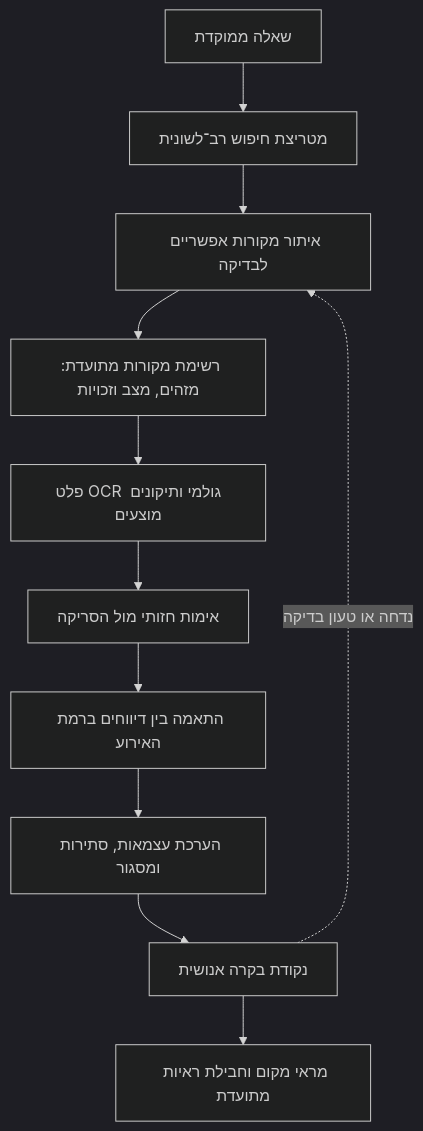
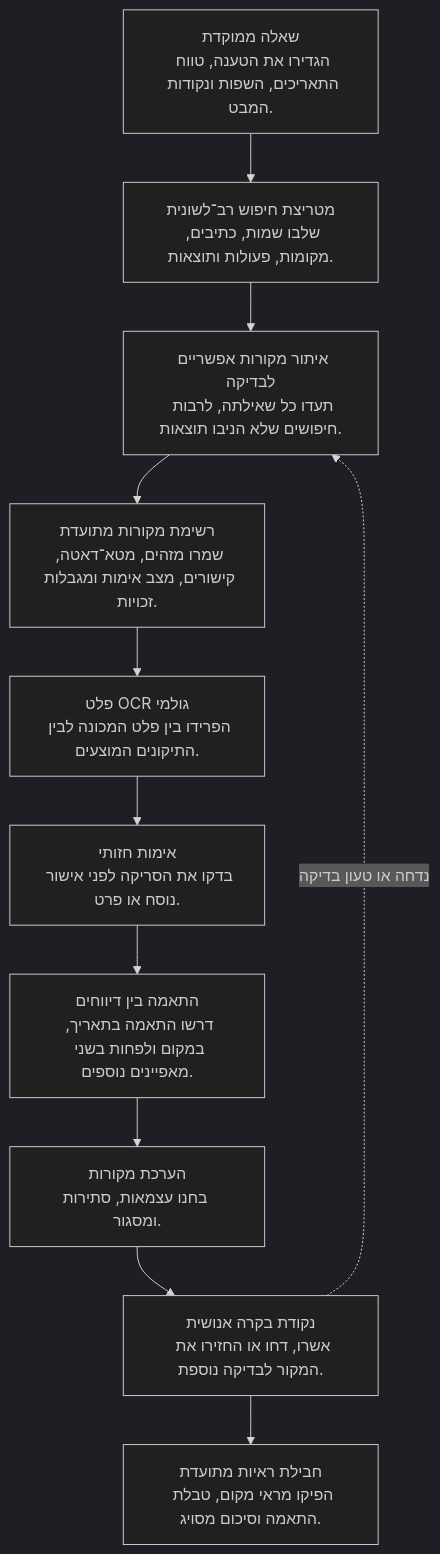
One commit to pedahzur/A.M.Pedahzur changed the diagram in blog/sources/he/from-one-report-to-two-histories.md. Above: the diagram before and after it, drawn with Mermaid (dark theme). The commit also changed other lines of this file and 3 other files, not shown here.

````diff
--- a/blog/sources/he/from-one-report-to-two-histories.md
+++ b/blog/sources/he/from-one-report-to-two-histories.md
@@ -58,13 +58,23 @@
 ```mermaid
 flowchart TD
-    A["שאלה ממוקדת"] --> B["מטריצת חיפוש רב־לשונית"]
-    B --> C["איתור מקורות אפשריים לבדיקה"]
-    C --> D["רשימת מקורות מתועדת: מזהים, מצב וזכויות"]
-    D --> E["פלט OCR גולמי ותיקונים מוצעים"]
-    E --> F["אימות חזותי מול הסריקה"]
-    F --> G["התאמה בין דיווחים ברמת האירוע"]
-    G --> H["הערכת עצמאות, סתירות ומסגור"]
-    H --> I["נקודת בקרה אנושית"]
-    I --> J["מראי מקום וחבילת ראיות מתועדת"]
+    A["שאלה ממוקדת<br/>הגדירו את הטענה, טווח התאריכים, השפות ונקודות המבט."]
+    B["מטריצת חיפוש רב־לשונית<br/>שלבו שמות, כתיבים, מקומות, פעולות ותוצאות."]
+    C["איתור מקורות אפשריים לבדיקה<br/>תעדו כל שאילתה, לרבות חיפושים שלא הניבו תוצאות."]
+    D["רשימת מקורות מתועדת<br/>שמרו מזהים, מטא־דאטה, קישורים, מצב אימות ומגבלות זכויות."]
+    E["פלט OCR גולמי<br/>הפרידו בין פלט המכונה לבין התיקונים המוצעים."]
+    F["אימות חזותי<br/>בדקו את הסריקה לפני אישור נוסח או פרט."]
+    G["התאמה בין דיווחים<br/>דרשו התאמה בתאריך, במקום ולפחות בשני מאפיינים נוספים."]
+    H["הערכת מקורות<br/>בחנו עצמאות, סתירות ומסגור."]
+    I["נקודת בקרה אנושית<br/>אשרו, דחו או החזירו את המקור לבדיקה נוספת."]
+    J["חבילת ראיות מתועדת<br/>הפיקו מראי מקום, טבלת התאמה וסיכום מסויג."]
+    A --> B
+    B --> C
+    C --> D
+    D --> E
+    E --> F
+    F --> G
+    G --> H
+    H --> I
+    I --> J
     I -. "נדחה או טעון בדיקה" .-> C
 ```
````
